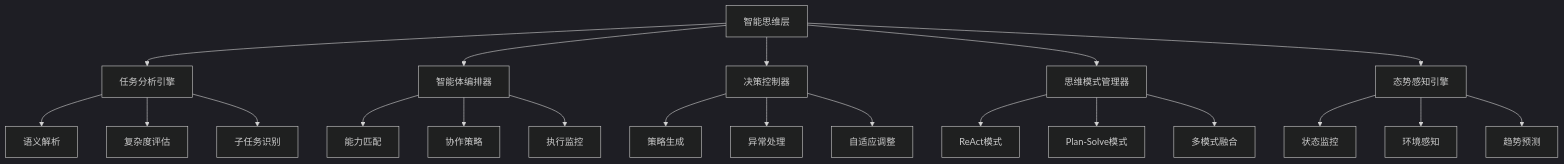
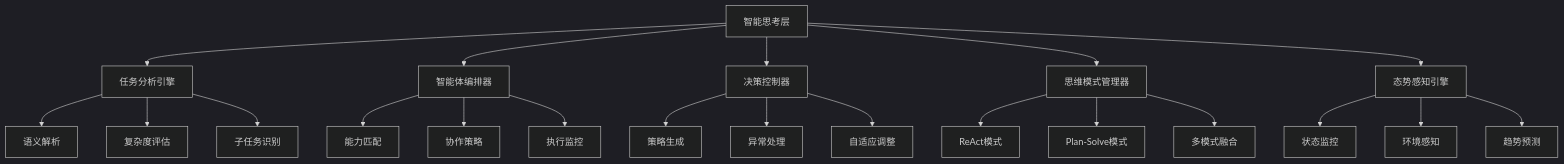
The fourth of 9 diagrams in 第零部分_核心概念预览/0.2_AGI应用分层架构.md (youyoude/agi-app-dev-guide-book), drawn with Mermaid (dark theme) before and after one commit. The commit also changed other lines of this file and 19 other files, not shown here.

````diff
--- a/第零部分_核心概念预览/0.2_AGI应用分层架构.md
+++ b/第零部分_核心概念预览/0.2_AGI应用分层架构.md
@@ -115,28 +115,28 @@
 ```mermaid
 graph TD
-    IT[智能思维层] --> A[任务分析引擎]
+    IT[智能思考层] --> A[任务分析引擎]
     IT --> B[智能体编排器]
     IT --> C[决策控制器]
     IT --> D[思维模式管理器]
     IT --> E[态势感知引擎]
     
     A --> A1[语义解析]
     A --> A2[复杂度评估]
     A --> A3[子任务识别]
     
     B --> B1[能力匹配]
     B --> B2[协作策略]
     B --> B3[执行监控]
     
     C --> C1[策略生成]
     C --> C2[异常处理]
     C --> C3[自适应调整]
     
     D --> D1[ReAct模式]
     D --> D2[Plan-Solve模式]
     D --> D3[多模式融合]
     
     E --> E1[状态监控]
     E --> E2[环境感知]
     E --> E3[趋势预测]
 ```
````
